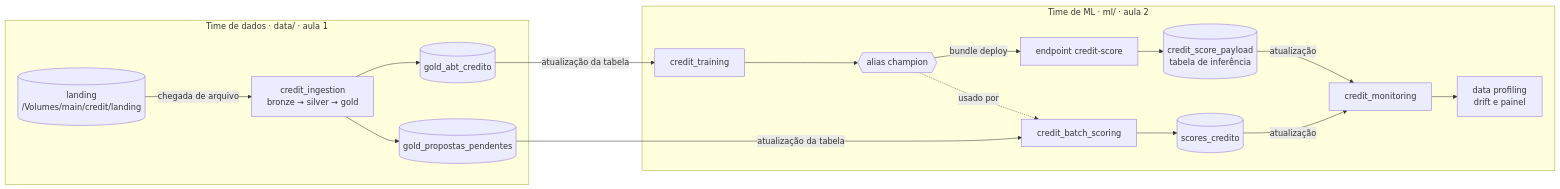
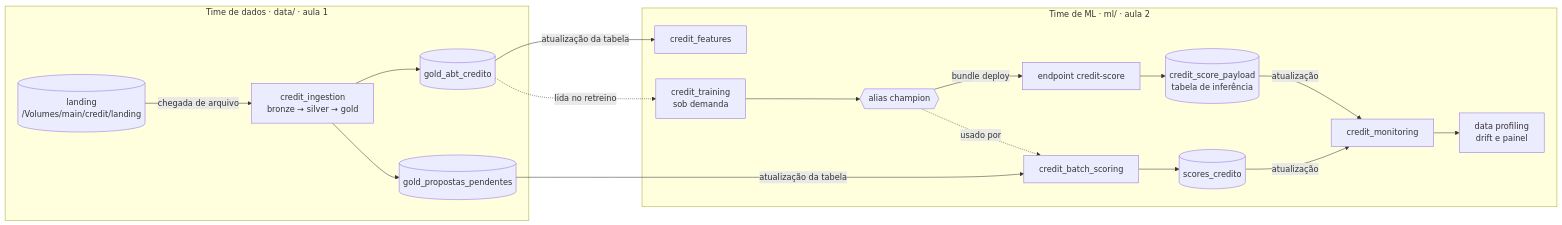
The first of 3 diagrams in README.md (arthurantunesribeiro/engenharia-e-mlops-ds-accelerator), drawn with Mermaid before and after one commit. The commit also changed other lines of this file and 2 other files, not shown here.

First line of the commit message:
feat: Treino sob demanda e features em job próprio

````diff
--- a/README.md
+++ b/README.md
@@ -78,34 +79,36 @@
 ```mermaid
 flowchart LR
     subgraph DATA["Time de dados · data/ · aula 1"]
         landing[("landing<br/>/Volumes/main/credit/landing")]
         ingestion["credit_ingestion<br/>bronze → silver → gold"]
         abt[("gold_abt_credito")]
         pending[("gold_propostas_pendentes")]
         landing -- "chegada de arquivo" --> ingestion
         ingestion --> abt
         ingestion --> pending
     end
 
     subgraph ML["Time de ML · ml/ · aula 2"]
-        training["credit_training"]
+        features["credit_features"]
+        training["credit_training<br/>sob demanda"]
         champion{{"alias champion"}}
         endpoint["endpoint credit-score"]
         scoring["credit_batch_scoring"]
         payload[("credit_score_payload<br/>tabela de inferência")]
         scores[("scores_credito")]
         monitoring["credit_monitoring"]
         profiling["data profiling<br/>drift e painel"]
         training --> champion
         champion -- "bundle deploy" --> endpoint
         champion -. "usado por" .-> scoring
         endpoint --> payload
         scoring --> scores
         payload -- "atualização" --> monitoring
         scores -- "atualização" --> monitoring
         monitoring --> profiling
     end
 
-    abt -- "atualização da tabela" --> training
+    abt -- "atualização da tabela" --> features
+    abt -. "lida no retreino" .-> training
     pending -- "atualização da tabela" --> scoring
 ```
````
